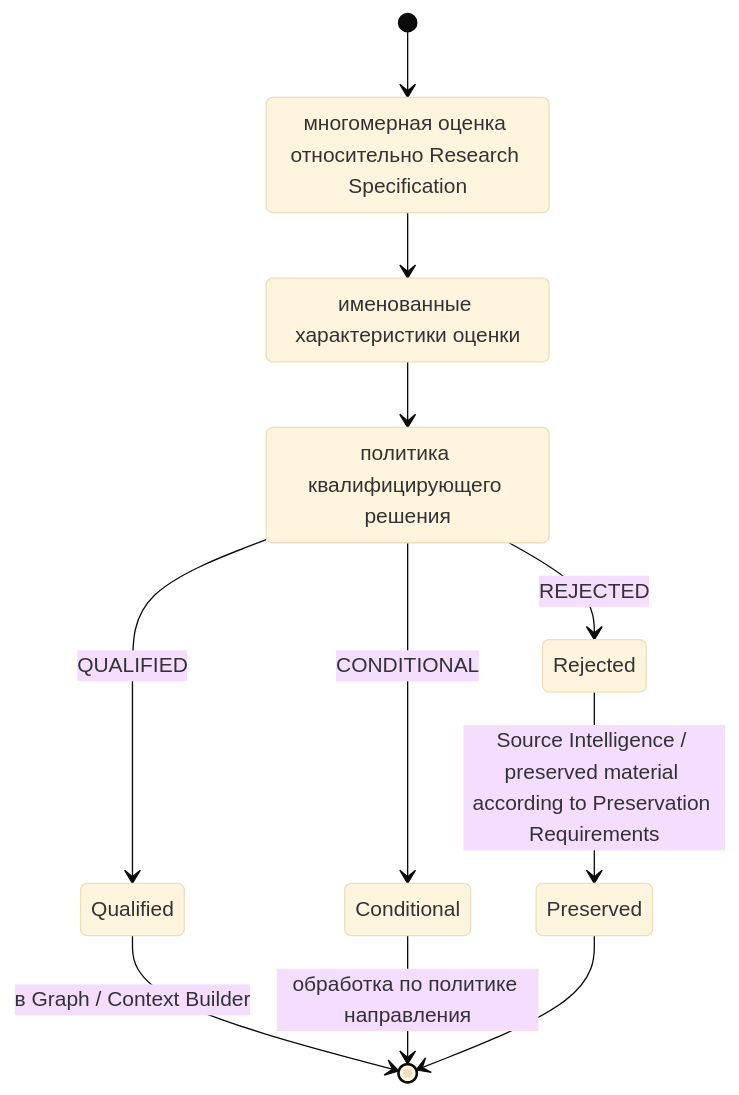
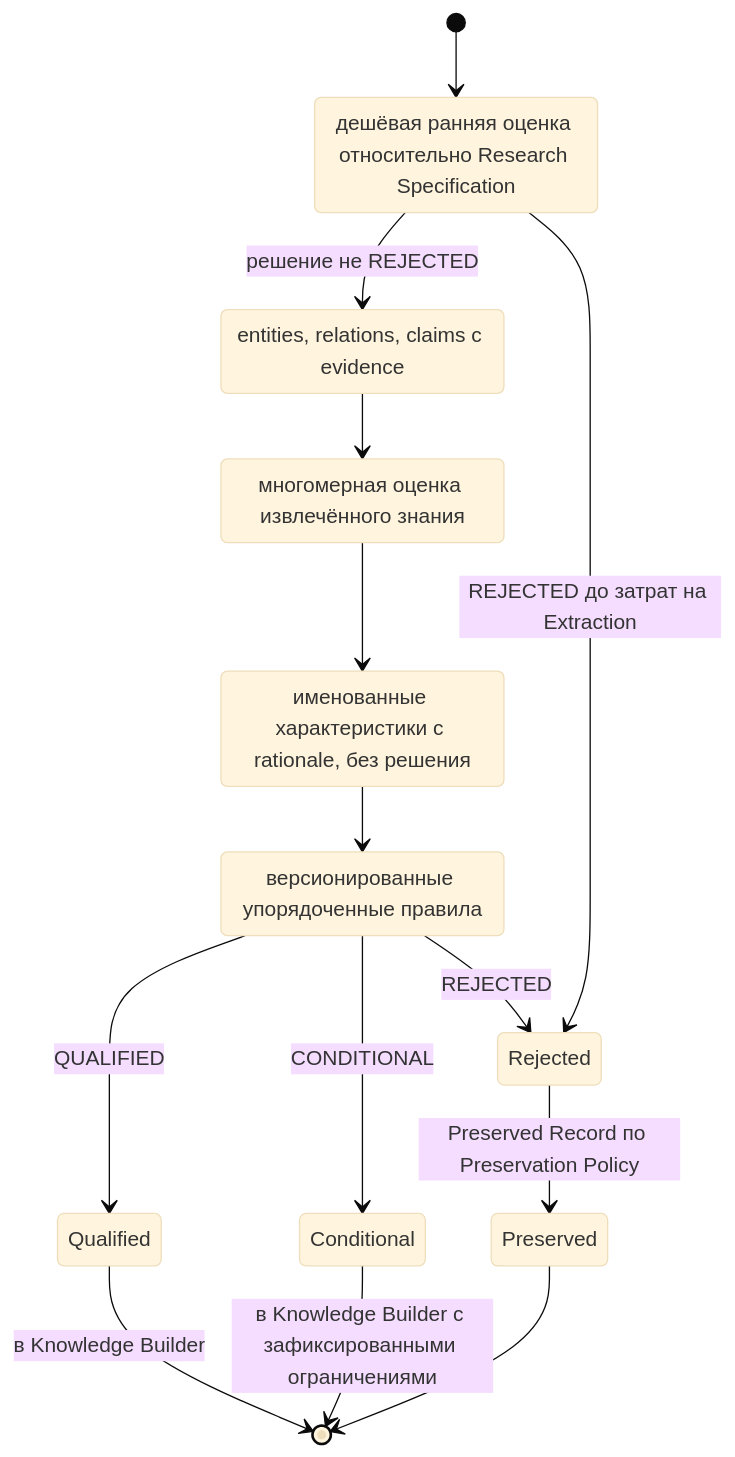
Before and after one commit to G-Ivan-A/aether-orbis: the fourth of 8 diagrams in docs/architecture.md, drawn with Mermaid (base theme). The commit also changed other lines of this file and 3 other files, not shown here.

First line of the commit message:
docs: sync architecture.md and roadmap.md with Phase 1 implementation

````diff
--- a/docs/architecture.md
+++ b/docs/architecture.md
@@ -133,16 +155,21 @@
 ```mermaid
 stateDiagram-v2
-    [*] --> Evaluation
-    Evaluation: многомерная оценка относительно Research Specification
+    [*] --> Triage
+    Triage: дешёвая ранняя оценка относительно Research Specification
+    Triage --> Extraction: решение не REJECTED
+    Triage --> Rejected: REJECTED до затрат на Extraction
+    Extraction: entities, relations, claims с evidence
+    Extraction --> Evaluation
+    Evaluation: многомерная оценка извлечённого знания
     Evaluation --> EvaluationResult
-    EvaluationResult: именованные характеристики оценки
+    EvaluationResult: именованные характеристики с rationale, без решения
     EvaluationResult --> DecisionPolicy
-    DecisionPolicy: политика квалифицирующего решения
+    DecisionPolicy: версионированные упорядоченные правила
     DecisionPolicy --> Qualified: QUALIFIED
     DecisionPolicy --> Conditional: CONDITIONAL
     DecisionPolicy --> Rejected: REJECTED
-    Qualified --> [*]: в Graph / Context Builder
-    Conditional --> [*]: обработка по политике направления
-    Rejected --> Preserved: Source Intelligence / preserved material according to Preservation Requirements
+    Qualified --> [*]: в Knowledge Builder
+    Conditional --> [*]: в Knowledge Builder с зафиксированными ограничениями
+    Rejected --> Preserved: Preserved Record по Preservation Policy
     Preserved --> [*]
 ```
````
